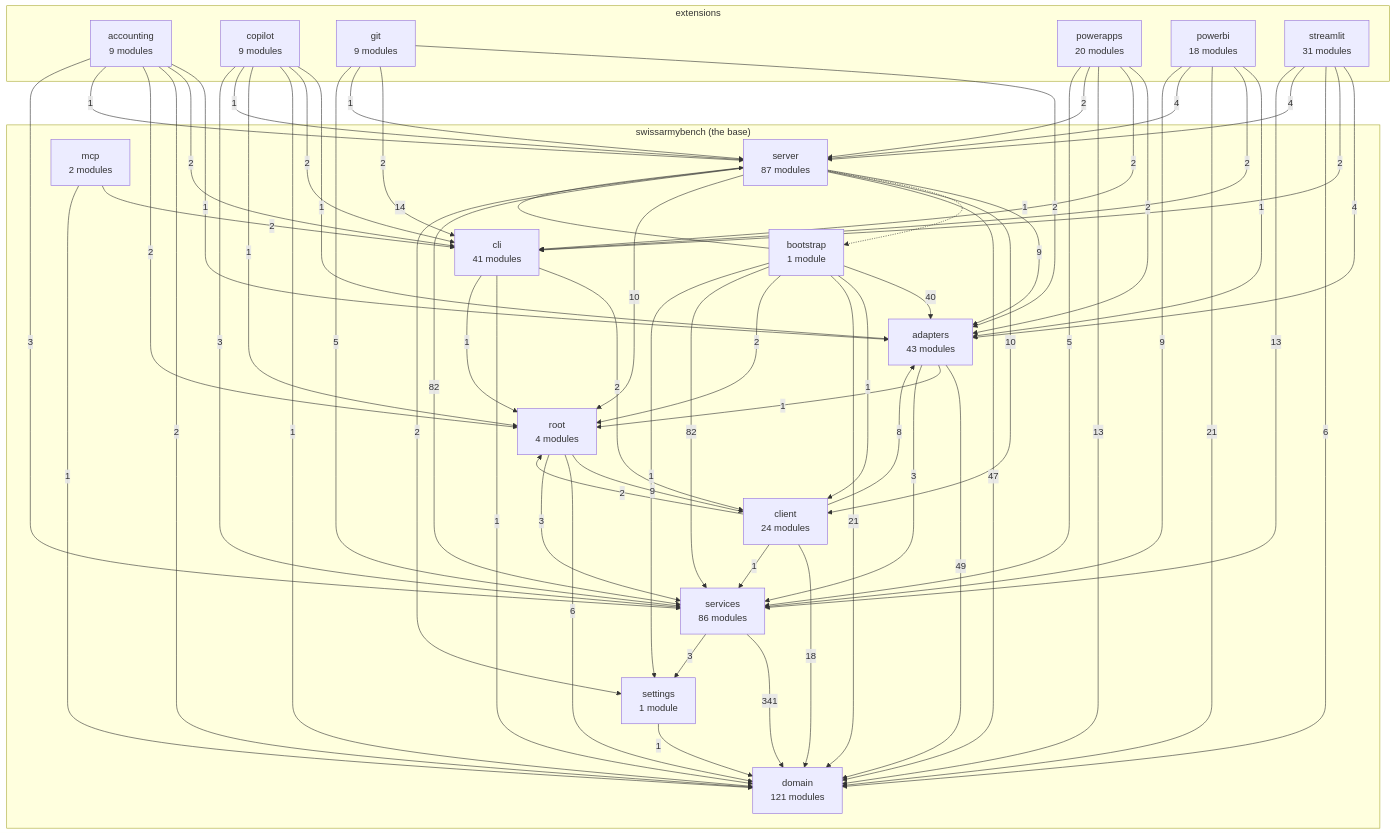
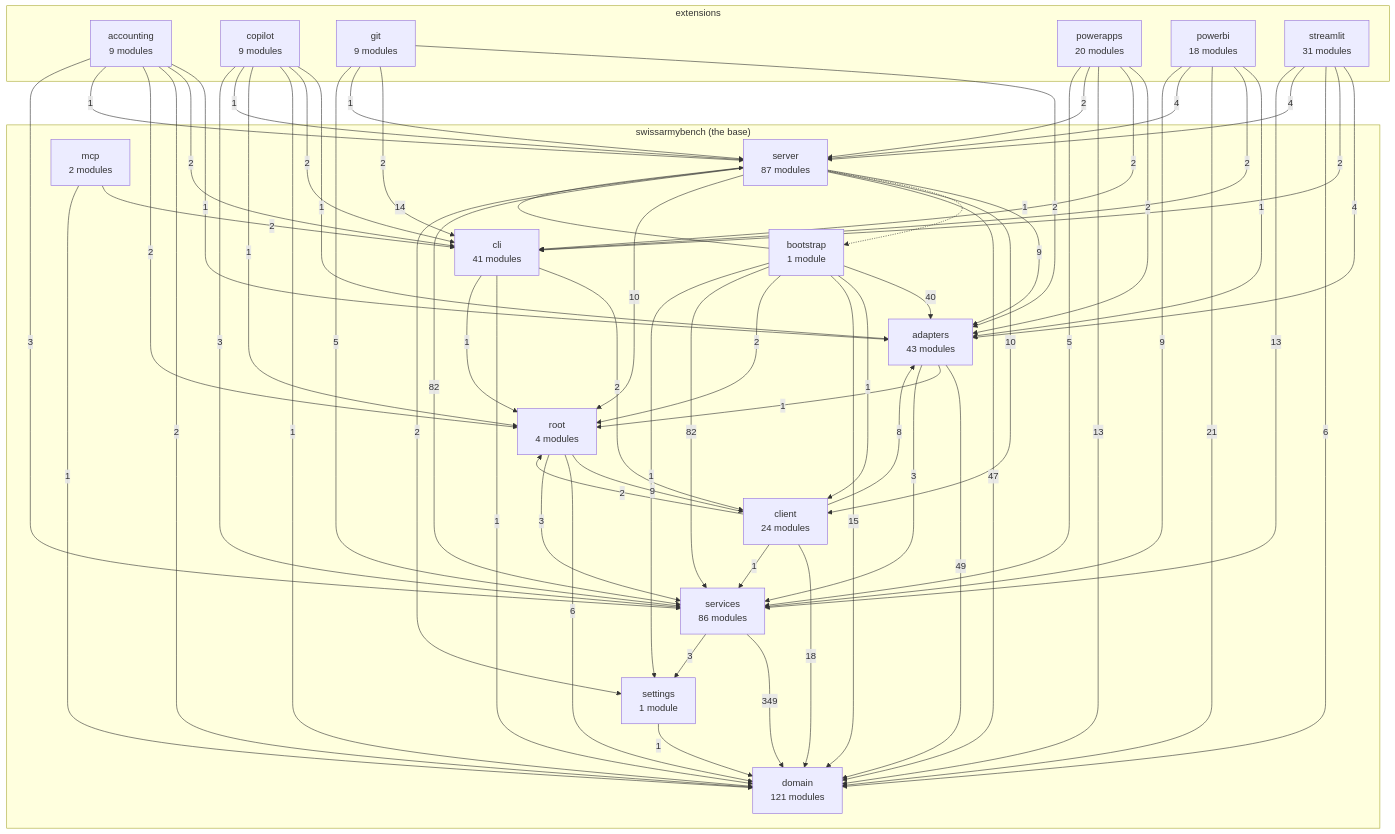
Before and after one commit to DylanCodyBrown/SwissArmyBench: the diagram in docs/architecture-map.md, drawn with Mermaid. The commit also changed other lines of this file and 15 other files, not shown here.

````diff
--- a/docs/architecture-map.md
+++ b/docs/architecture-map.md
@@ -41,7 +41,7 @@
     adapters -->|3| services
     bootstrap -->|40| adapters
     bootstrap -->|1| client
-    bootstrap -->|21| domain
+    bootstrap -->|15| domain
     bootstrap -->|2| root
     bootstrap -->|14| server
     bootstrap -->|82| services
@@ -96,7 +96,7 @@
     server -->|10| root
     server -->|82| services
     server -->|2| settings
-    services -->|341| domain
+    services -->|349| domain
     services -->|3| settings
     settings -->|1| domain
 ```
````
